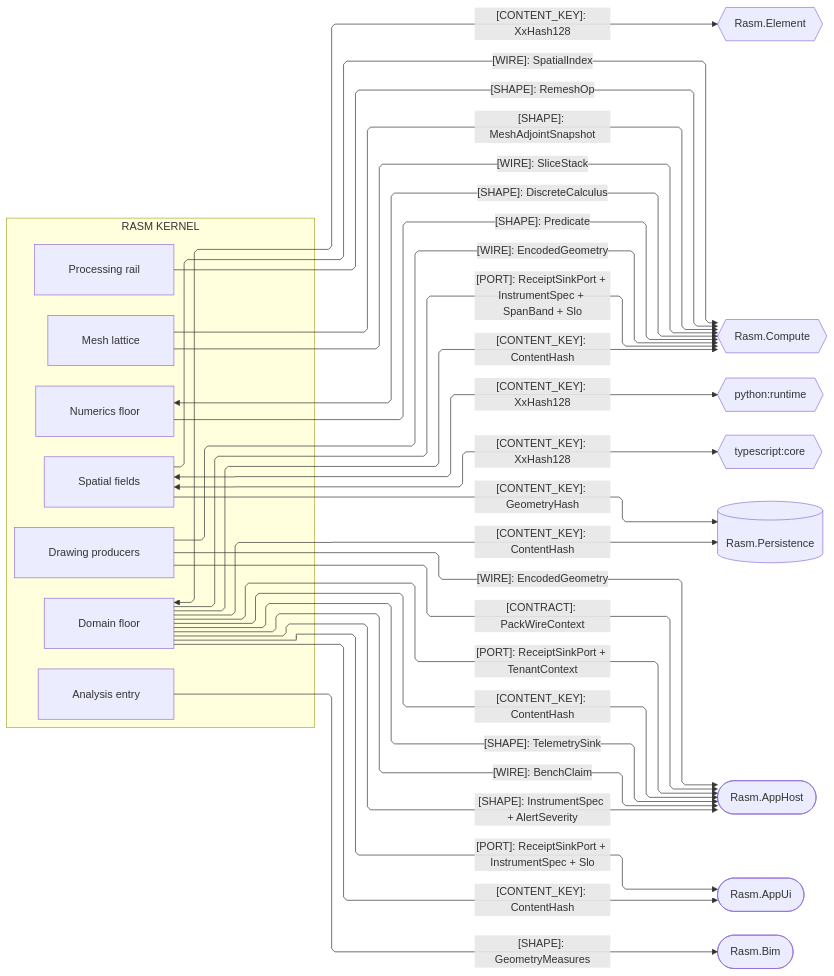
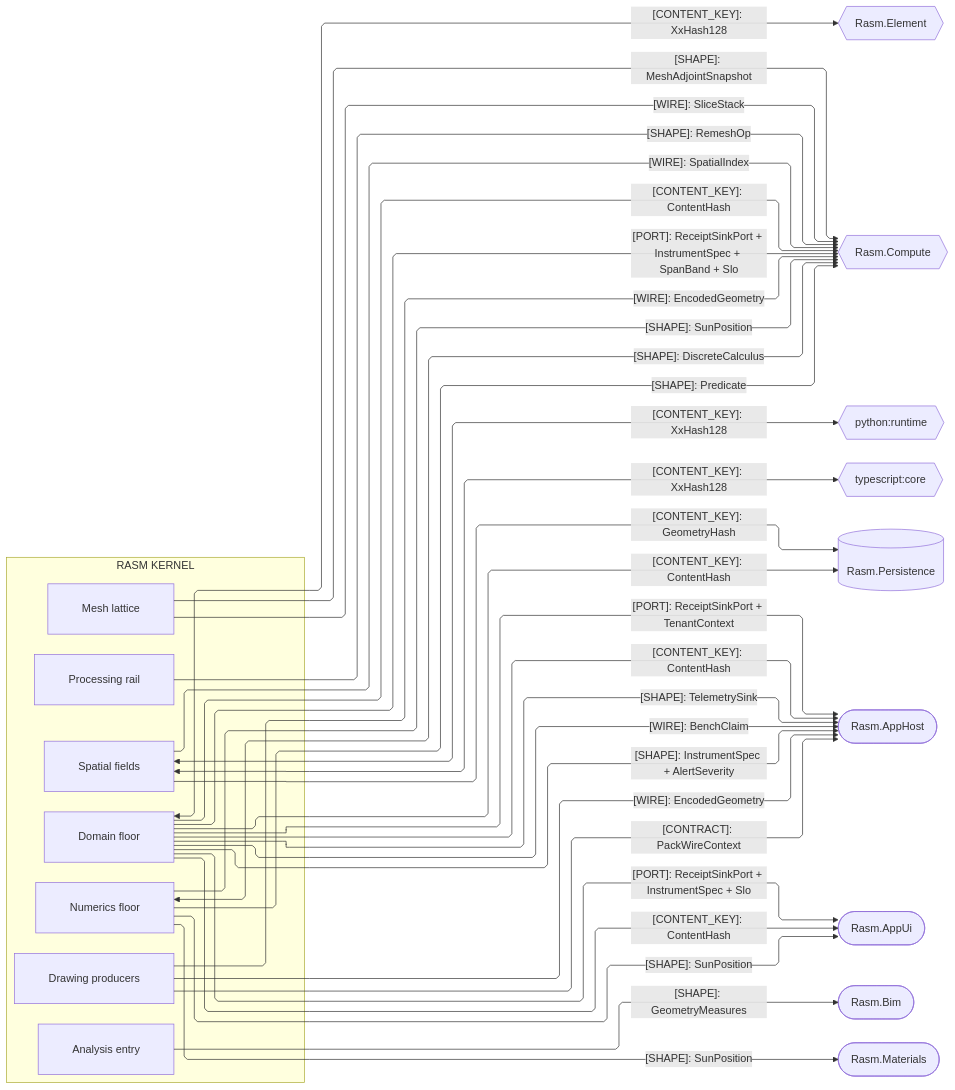
One commit to bsamiee/Rasm changed the second of 4 diagrams in libs/csharp/Rasm/ARCHITECTURE.md. Above: the diagram before and after it, drawn with Mermaid. The commit also changed other lines of this file and 236 other files, not shown here.

````diff
--- a/libs/csharp/Rasm/ARCHITECTURE.md
+++ b/libs/csharp/Rasm/ARCHITECTURE.md
@@ -146,53 +146,57 @@
 ```mermaid
 ---
 config:
   layout: elk
   flowchart:
     curve: linear
     padding: 25
 ---
 flowchart LR
     accTitle: Kernel content-key and compute-plane seams
     accDescr: Kernel owners federating content keys and handing compute, measure, and signal shapes, causal-frame ports, and encoded wires to same-branch and cross-runtime peers.
     subgraph rasm[RASM KERNEL]
         Domain[Domain floor]
         Numerics[Numerics floor]
         Spatial[Spatial fields]
         Meshing[Mesh lattice]
         Processing[Processing rail]
         Drawing[Drawing producers]
         Analysis[Analysis entry]
     end
     Element{{Rasm.Element}}
     Compute{{Rasm.Compute}}
     Runtime{{python:runtime}}
     Core{{typescript:core}}
     Persistence[(Rasm.Persistence)]
     AppHost([Rasm.AppHost])
     AppUi([Rasm.AppUi])
     Bim([Rasm.Bim])
+    Materials([Rasm.Materials])
     Domain e1@<-->|"[CONTENT_KEY]: XxHash128"| Element
     Domain e2@-->|"[CONTENT_KEY]: ContentHash"| Persistence
     Domain e3@-->|"[CONTENT_KEY]: ContentHash"| Compute
     Domain e4@-->|"[CONTENT_KEY]: ContentHash"| AppHost
     Domain e5@-->|"[CONTENT_KEY]: ContentHash"| AppUi
     Spatial e6@-->|"[CONTENT_KEY]: GeometryHash"| Persistence
     Spatial e7@<-->|"[CONTENT_KEY]: XxHash128"| Runtime
     Spatial e8@<-->|"[CONTENT_KEY]: XxHash128"| Core
     Numerics e9@<-->|"[SHAPE]: DiscreteCalculus"| Compute
     Numerics e16@-->|"[SHAPE]: Predicate"| Compute
     Meshing e10@-->|"[SHAPE]: MeshAdjointSnapshot"| Compute
     Meshing e11@-->|"[WIRE]: SliceStack"| Compute
     Spatial e12@-->|"[WIRE]: SpatialIndex"| Compute
     Processing e13@-->|"[SHAPE]: RemeshOp"| Compute
     Drawing e14@-->|"[WIRE]: EncodedGeometry"| Compute
     Drawing e15@-->|"[WIRE]: EncodedGeometry"| AppHost
     Drawing e24@-->|"[CONTRACT]: PackWireContext"| AppHost
     Domain e17@-->|"[SHAPE]: TelemetrySink"| AppHost
     Domain e18@-->|"[WIRE]: BenchClaim"| AppHost
     Domain e20@-->|"[SHAPE]: InstrumentSpec + AlertSeverity"| AppHost
     Domain e21@-->|"[PORT]: ReceiptSinkPort + TenantContext"| AppHost
     Domain e22@-->|"[PORT]: ReceiptSinkPort + InstrumentSpec + Slo"| AppUi
     Domain e23@-->|"[PORT]: ReceiptSinkPort + InstrumentSpec + SpanBand + Slo"| Compute
     Analysis e19@-->|"[SHAPE]: GeometryMeasures"| Bim
+    Numerics e25@-->|"[SHAPE]: SunPosition"| Compute
+    Numerics e26@-->|"[SHAPE]: SunPosition"| AppUi
+    Numerics e27@-->|"[SHAPE]: SunPosition"| Materials
 ```
````
